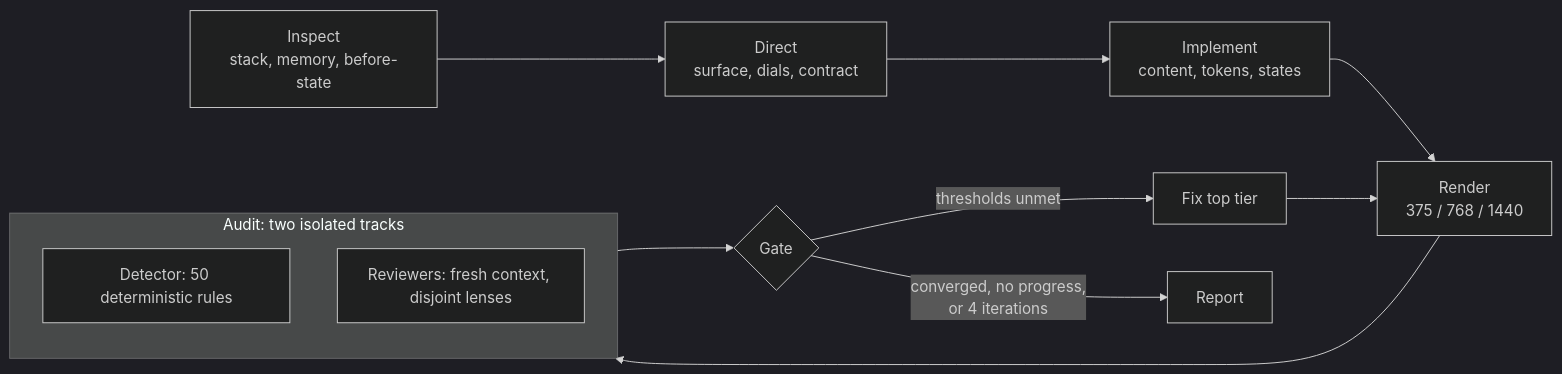
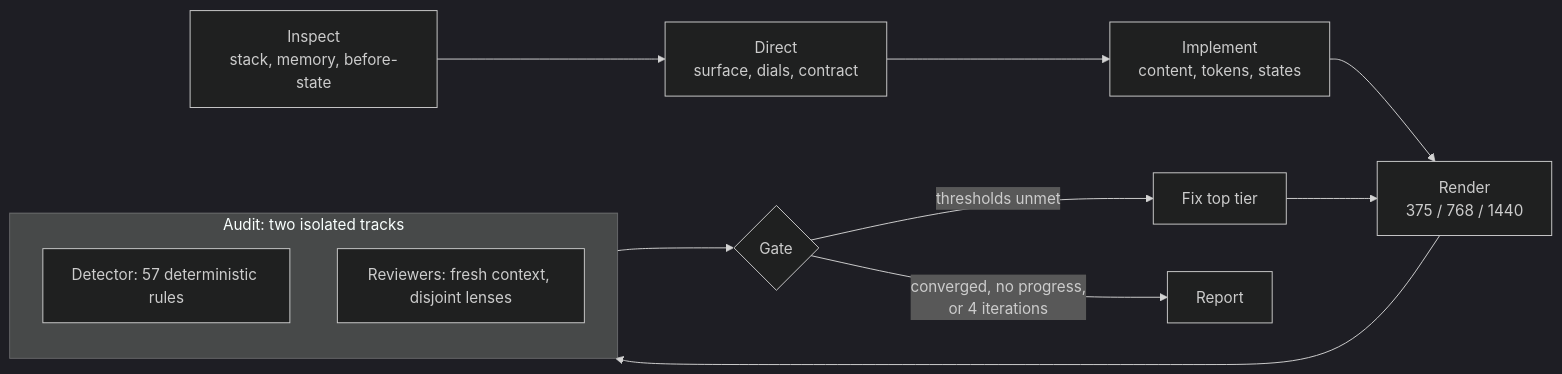
Before and after one commit to lexsantor/lexia-design: the diagram in README.md, drawn with Mermaid (dark theme). The commit also changed other lines of this file and 19 other files, not shown here.

````diff
--- a/README.md
+++ b/README.md
@@ -217,17 +217,17 @@
 ```mermaid
 flowchart LR
     A[Inspect<br/>stack, memory, before-state] --> B[Direct<br/>surface, dials, contract]
     B --> C[Implement<br/>content, tokens, states]
     C --> D[Render<br/>375 / 768 / 1440]
     D --> E[Audit]
     E --> F{Gate}
     F -->|thresholds unmet| G[Fix top tier]
     G --> D
     F -->|converged, no progress,<br/>or 4 iterations| H[Report]
 
     subgraph E [Audit: two isolated tracks]
         direction TB
-        E1[Detector: 50 deterministic rules]
+        E1[Detector: 57 deterministic rules]
         E2[Reviewers: fresh context, disjoint lenses]
     end
 ```
````
